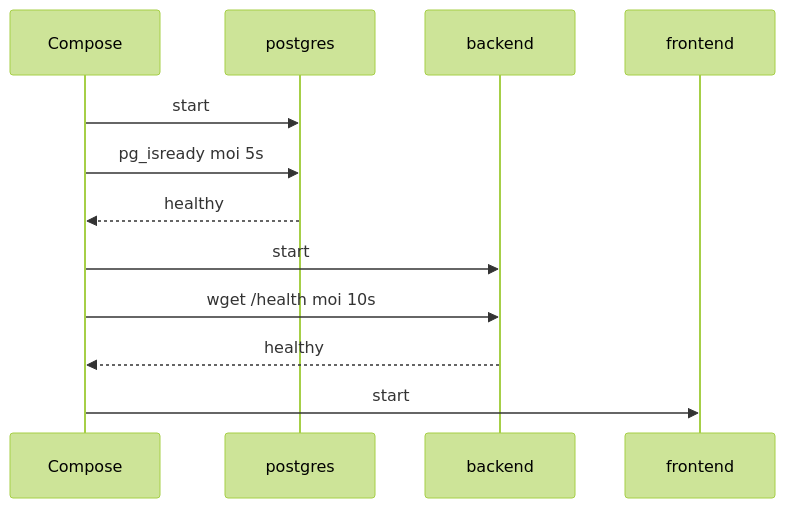
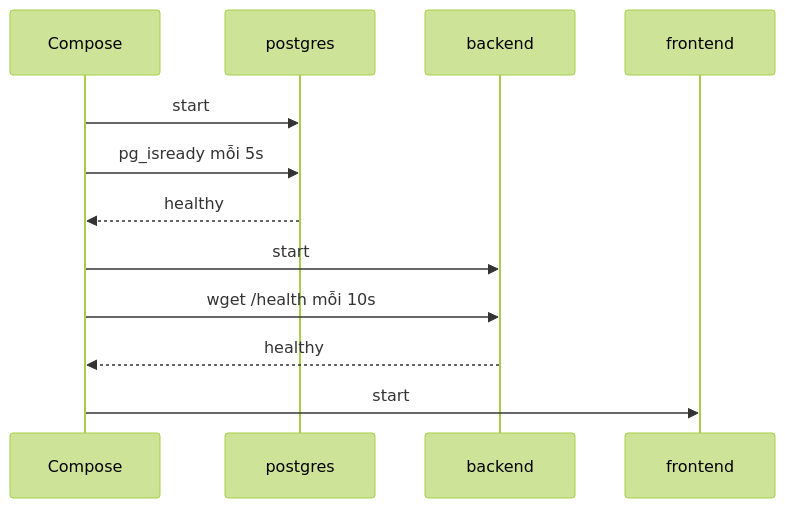
The diagram in slides/03-compose/session-14.md (TienNHM/devops-course), drawn with Mermaid (forest theme) before and after one commit. The commit also changed other lines of this file and 266 other files, not shown here.

````diff
--- a/slides/03-compose/session-14.md
+++ b/slides/03-compose/session-14.md
@@ -82,14 +64,14 @@
 ```mermaid
 sequenceDiagram
     participant C as Compose
     participant P as postgres
     participant B as backend
     participant F as frontend
     C->>P: start
-    C->>P: pg_isready moi 5s
+    C->>P: pg_isready mỗi 5s
     P-->>C: healthy
     C->>B: start
-    C->>B: wget /health moi 10s
+    C->>B: wget /health mỗi 10s
     B-->>C: healthy
     C->>F: start
 ```
````
